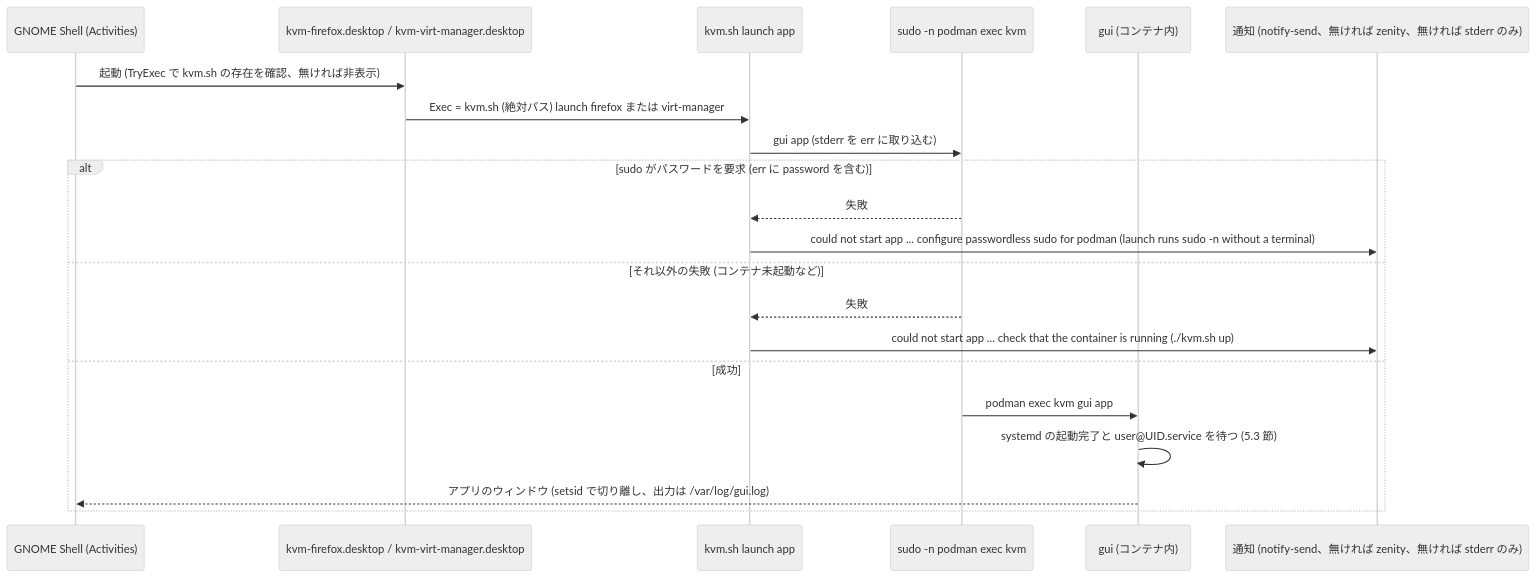
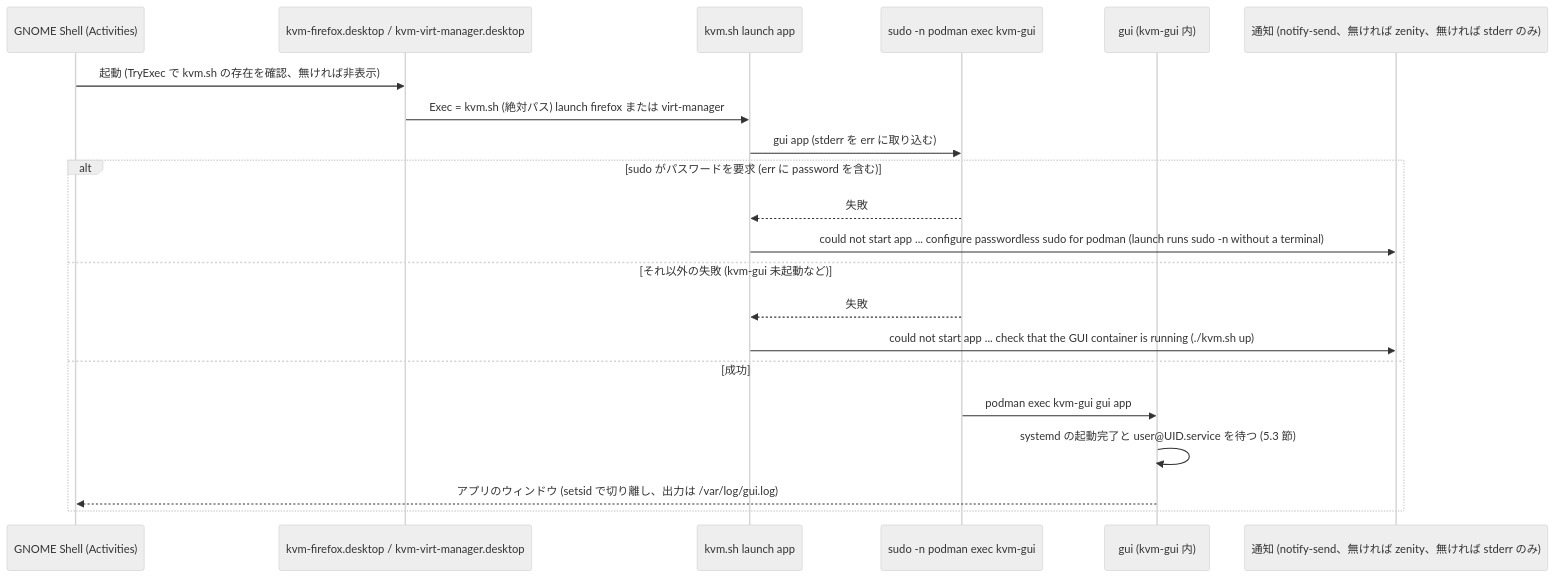
Diagram 13 of 22 in docs/SPEC.md (ryo-aoki-pc/kvm-container), drawn with Mermaid (neutral theme) before and after one commit. The commit also changed other lines of this file, not shown here.

First line of the commit message:
docs/SPEC.md を 2 コンテナ構成 (kvm + kvm-gui) に合わせて全面更新する

````diff
--- a/docs/SPEC.md
+++ b/docs/SPEC.md
@@ -544,23 +686,23 @@
 ```mermaid
 sequenceDiagram
   participant S as GNOME Shell (Activities)
   participant D as kvm-firefox.desktop / kvm-virt-manager.desktop
   participant K as kvm.sh launch app
-  participant P as sudo -n podman exec kvm
-  participant G as gui (コンテナ内)
+  participant P as sudo -n podman exec kvm-gui
+  participant G as gui (kvm-gui 内)
   participant N as 通知 (notify-send、無ければ zenity、無ければ stderr のみ)
   S->>D: 起動 (TryExec で kvm.sh の存在を確認、無ければ非表示)
   D->>K: Exec = kvm.sh (絶対パス) launch firefox または virt-manager
   K->>P: gui app (stderr を err に取り込む)
   alt sudo がパスワードを要求 (err に password を含む)
     P-->>K: 失敗
     K->>N: could not start app ... configure passwordless sudo for podman (launch runs sudo -n without a terminal)
-  else それ以外の失敗 (コンテナ未起動など)
+  else それ以外の失敗 (kvm-gui 未起動など)
     P-->>K: 失敗
-    K->>N: could not start app ... check that the container is running (./kvm.sh up)
+    K->>N: could not start app ... check that the GUI container is running (./kvm.sh up)
   else 成功
-    P->>G: podman exec kvm gui app
+    P->>G: podman exec kvm-gui gui app
     G->>G: systemd の起動完了と user@UID.service を待つ (5.3 節)
     G-->>S: アプリのウィンドウ (setsid で切り離し、出力は /var/log/gui.log)
   end
 ```
````
